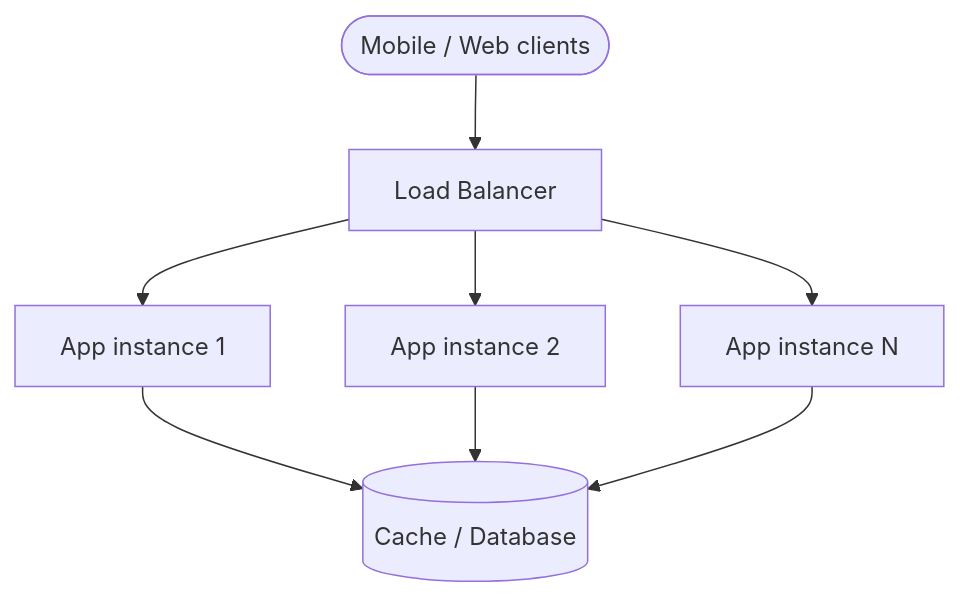
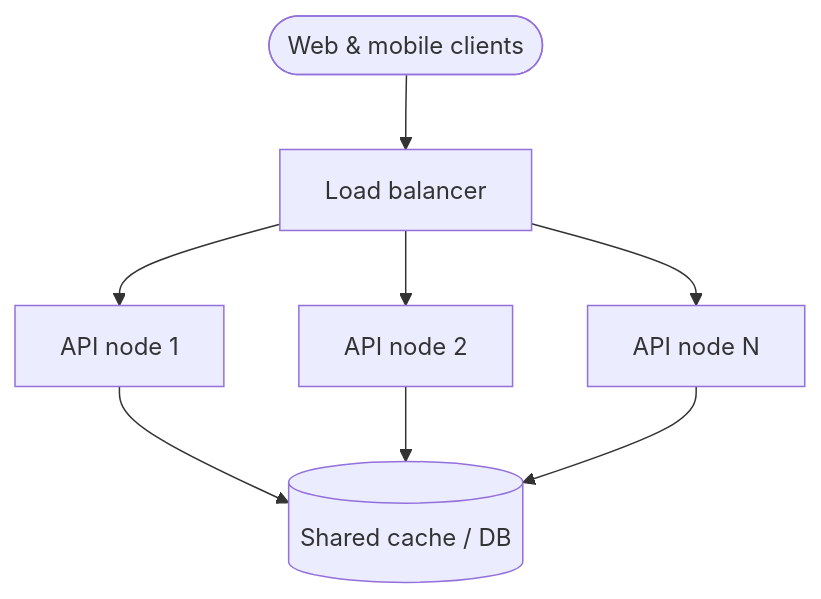
Before and after one commit to adnanrahin/adnanrahin.github.io: the first of 11 diagrams in _system_design/scalability.md, drawn with Mermaid. The commit also changed other lines of this file and 3 other files, not shown here.

````diff
--- a/_system_design/scalability.md
+++ b/_system_design/scalability.md
@@ -106,10 +98,10 @@
 ```mermaid
 flowchart TB
-    Clients([Mobile / Web clients]) --> LB[Load Balancer]
-    LB --> App1[App instance 1]
-    LB --> App2[App instance 2]
-    LB --> AppN[App instance N]
-    App1 --> Backend[(Cache / Database)]
-    App2 --> Backend
-    AppN --> Backend
+    Clients([Web & mobile clients]) --> LB[Load balancer]
+    LB --> A1[API node 1]
+    LB --> A2[API node 2]
+    LB --> AN[API node N]
+    A1 --> Shared[(Shared cache / DB)]
+    A2 --> Shared
+    AN --> Shared
 ```
````
